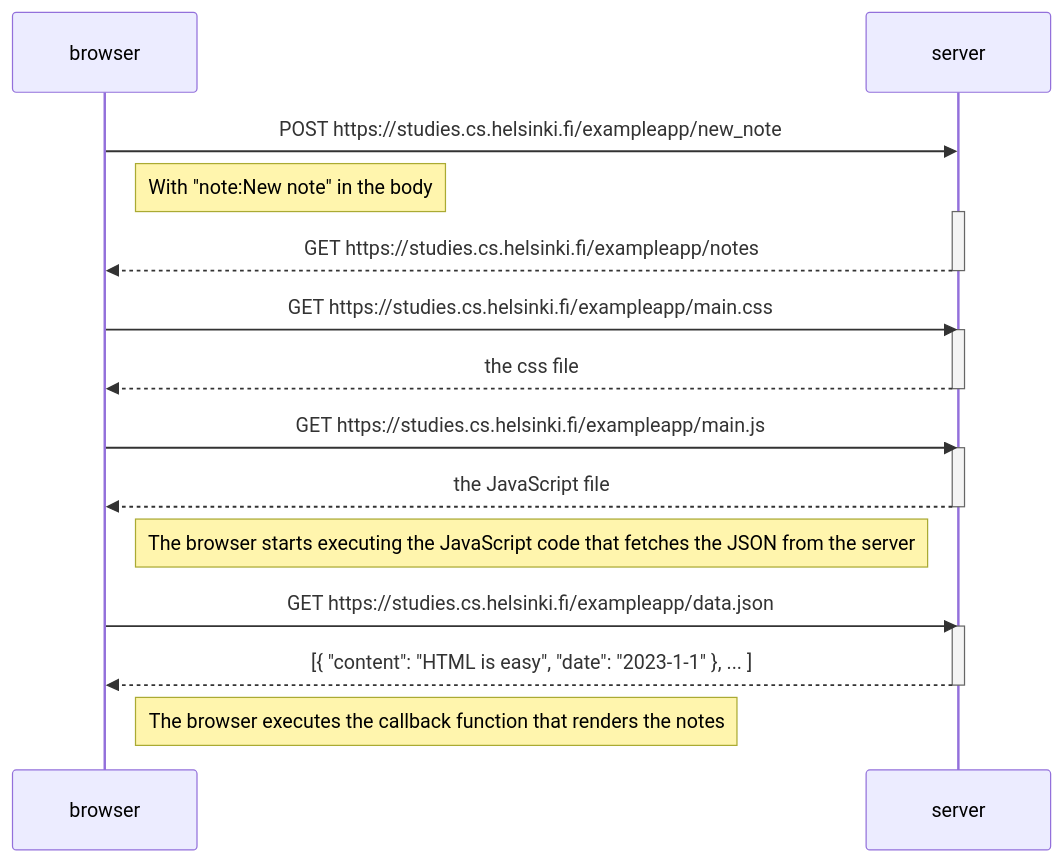
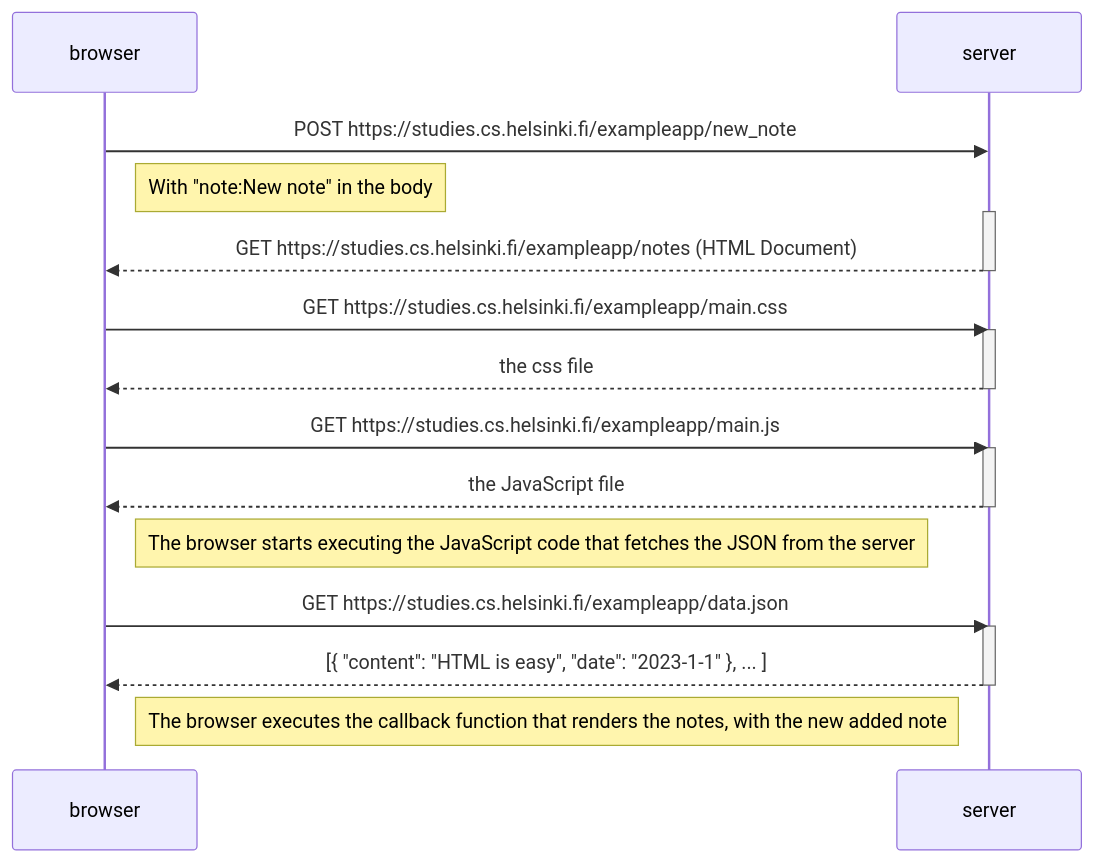
One commit to MatthieuGagne/fullstackopen changed the diagram in 0.4 diagram.md. Above: the diagram before and after it, drawn with Mermaid.

Commit message:
Update 0.4 diagram.md

````diff
--- a/0.4 diagram.md
+++ b/0.4 diagram.md
@@ -1,30 +1,30 @@
 ```mermaid
 sequenceDiagram
     participant browser
     participant server
 
     browser->>server: POST https://studies.cs.helsinki.fi/exampleapp/new_note
     Note right of browser: With "note:New note" in the body
     activate server
-    server-->>browser: GET https://studies.cs.helsinki.fi/exampleapp/notes
+    server-->>browser: GET https://studies.cs.helsinki.fi/exampleapp/notes (HTML Document)
     deactivate server
 
     browser->>server: GET https://studies.cs.helsinki.fi/exampleapp/main.css
     activate server
     server-->>browser: the css file
     deactivate server
 
     browser->>server: GET https://studies.cs.helsinki.fi/exampleapp/main.js
     activate server
     server-->>browser: the JavaScript file
     deactivate server
 
     Note right of browser: The browser starts executing the JavaScript code that fetches the JSON from the server
 
     browser->>server: GET https://studies.cs.helsinki.fi/exampleapp/data.json
     activate server
     server-->>browser: [{ "content": "HTML is easy", "date": "2023-1-1" }, ... ]
     deactivate server
 
-    Note right of browser: The browser executes the callback function that renders the notes
+    Note right of browser: The browser executes the callback function that renders the notes, with the new added note
 ```
````
